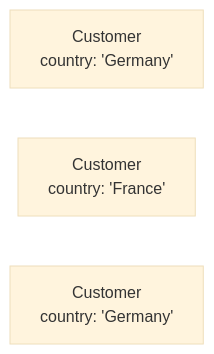
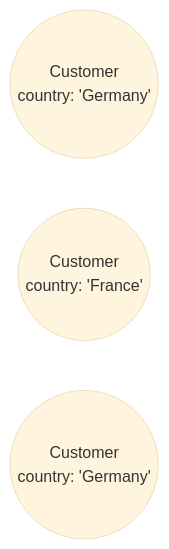
Before and after one commit to neo4j-graphacademy/courses: the third of 13 diagrams in asciidoc/courses/workshop-importing/modules/2-data-modeling/lessons/7-refactoring/lesson.adoc, drawn with Mermaid (base theme). The commit also changed other lines of this file and 15 other files, not shown here.

````diff
--- a/asciidoc/courses/workshop-importing/modules/2-data-modeling/lessons/7-refactoring/lesson.adoc
+++ b/asciidoc/courses/workshop-importing/modules/2-data-modeling/lessons/7-refactoring/lesson.adoc
@@ -81,6 +81,6 @@
 ```mermaid
 graph LR
-    A["Customer<br/>country: 'Germany'"]
-    B["Customer<br/>country: 'France'"]
-    C["Customer<br/>country: 'Germany'"]
+    A(("Customer<br/>country: 'Germany'"))
+    B(("Customer<br/>country: 'France'"))
+    C(("Customer<br/>country: 'Germany'"))
 ```
````
